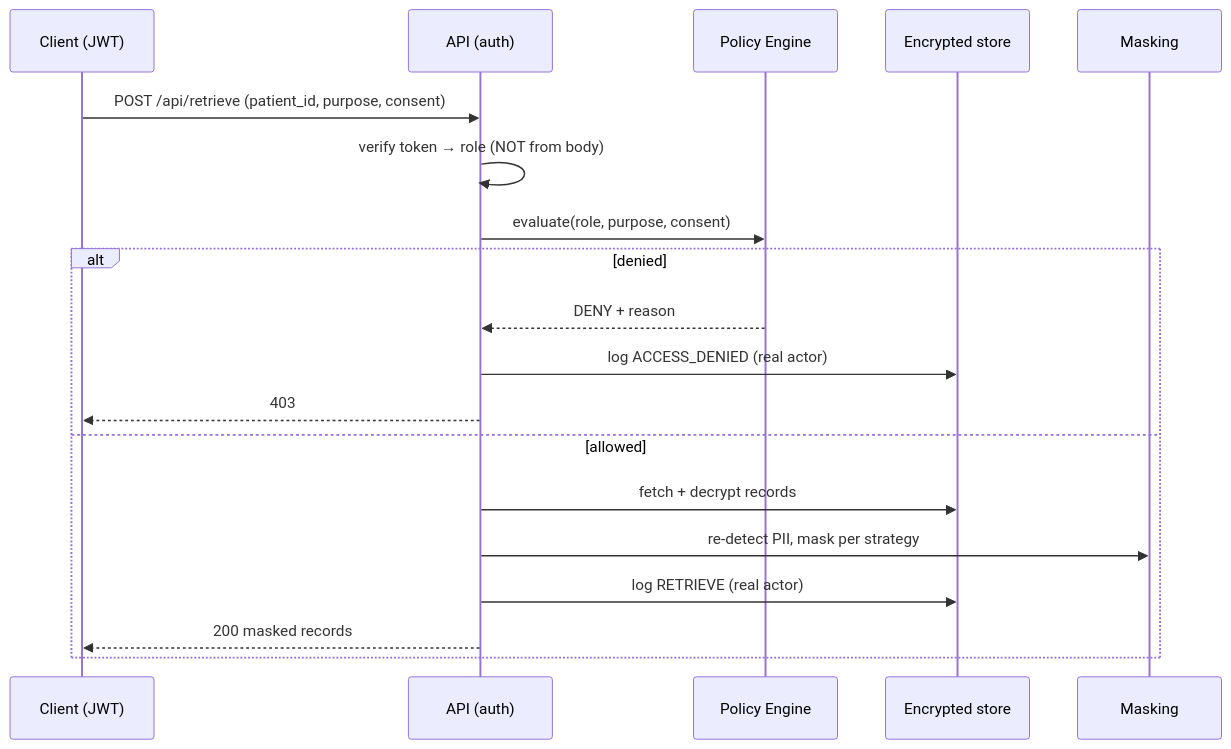
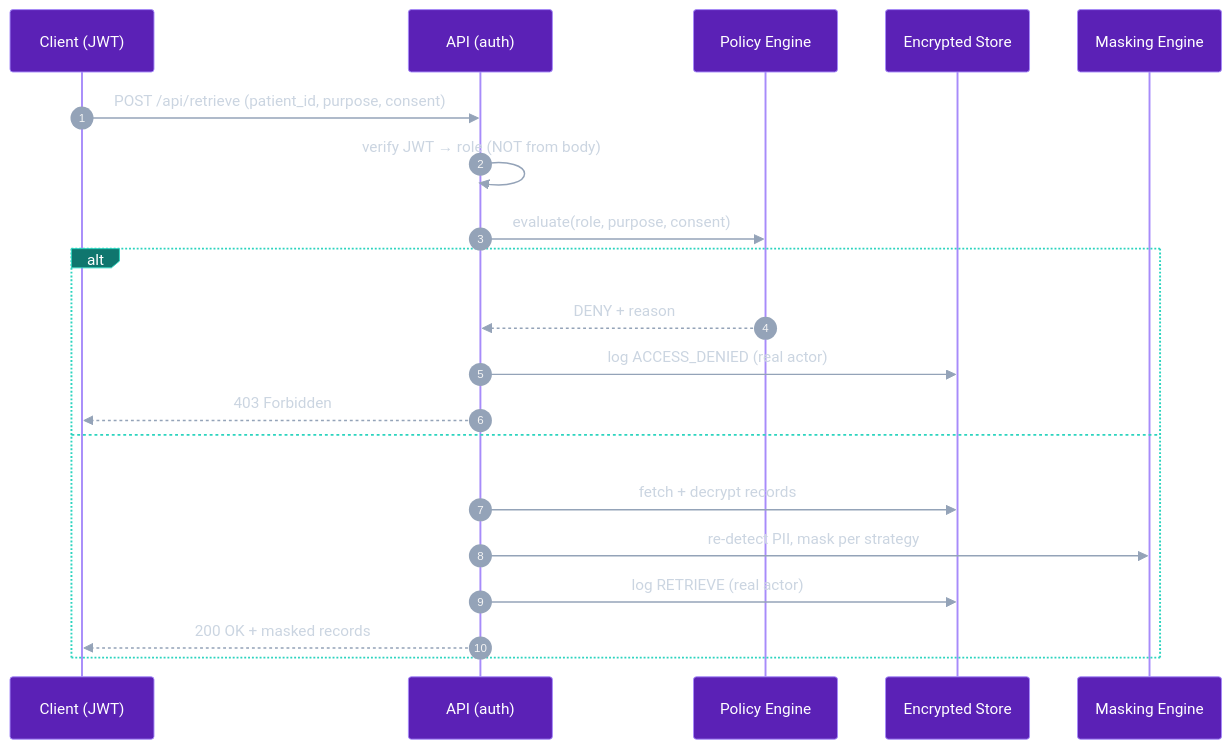
One commit to adarshcod30/MedGuardX changed the second of 3 diagrams in README.md. Above: the diagram before and after it, drawn with Mermaid. The commit also changed other lines of this file and 5 other files, not shown here.

Commit message:
Rewrite README with colored architecture and flow diagrams; remove stale screenshots; ignore local config dir

````diff
--- a/README.md
+++ b/README.md
@@ -98,22 +135,24 @@
 ```mermaid
+%%{init: {'theme':'base','themeVariables':{'primaryColor':'#1e40af','primaryTextColor':'#fff','primaryBorderColor':'#60a5fa','actorBkg':'#5b21b6','actorBorder':'#a78bfa','actorTextColor':'#fff','signalColor':'#94a3b8','signalTextColor':'#cbd5e1','labelBoxBkgColor':'#0f766e','labelBoxBorderColor':'#2dd4bf','labelTextColor':'#fff','noteBkgColor':'#334155','noteTextColor':'#fff','noteBorderColor':'#cbd5e1'}}}%%
 sequenceDiagram
+    autonumber
     participant U as Client (JWT)
     participant A as API (auth)
     participant P as Policy Engine
-    participant DB as Encrypted store
-    participant M as Masking
+    participant DB as Encrypted Store
+    participant M as Masking Engine
 
     U->>A: POST /api/retrieve (patient_id, purpose, consent)
-    A->>A: verify token → role (NOT from body)
+    A->>A: verify JWT → role (NOT from body)
     A->>P: evaluate(role, purpose, consent)
-    alt denied
-      P-->>A: DENY + reason
-      A->>DB: log ACCESS_DENIED (real actor)
-      A-->>U: 403
-    else allowed
-      A->>DB: fetch + decrypt records
-      A->>M: re-detect PII, mask per strategy
-      A->>DB: log RETRIEVE (real actor)
-      A-->>U: 200 masked records
+    alt Denied
+        P-->>A: DENY + reason
+        A->>DB: log ACCESS_DENIED (real actor)
+        A-->>U: 403 Forbidden
+    else Allowed
+        A->>DB: fetch + decrypt records
+        A->>M: re-detect PII, mask per strategy
+        A->>DB: log RETRIEVE (real actor)
+        A-->>U: 200 OK + masked records
     end
 ```
````
